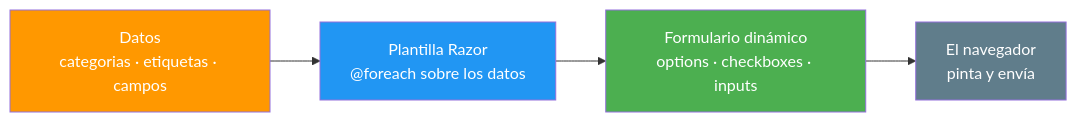
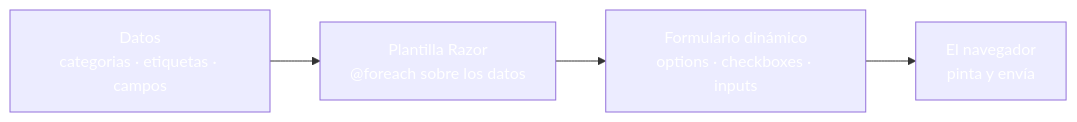
The third of 3 diagrams in 13-formularios-web.md (joseluisgs/DesarrolloWebEntornosServidor-03-2026-2027), drawn with Mermaid before and after one commit. The commit also changed other lines of this file and 30 other files, not shown here.

````diff
--- a/13-formularios-web.md
+++ b/13-formularios-web.md
@@ -264,10 +264,10 @@
 ```mermaid
 graph LR
     A["Datos<br/>categorias · etiquetas · campos"] --> B["Plantilla Razor<br/>@foreach sobre los datos"]
     B --> C["Formulario dinámico<br/>options · checkboxes · inputs"]
     C --> D["El navegador<br/>pinta y envía"]
-    style A fill:#FF9800,color:#fff
-    style B fill:#2196F3,color:#fff
-    style C fill:#4CAF50,color:#fff
-    style D fill:#607D8B,color:#fff
+    style A fill:#FF980,color:#fff0,color:#fff
+    style B fill:#2196F,color:#fff3,color:#fff
+    style C fill:#4CAF5,color:#fff0,color:#fff
+    style D fill:#607D8,color:#fffB,color:#fff
 ```
````
